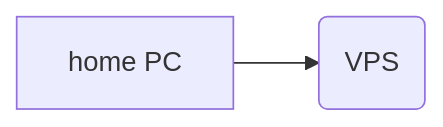
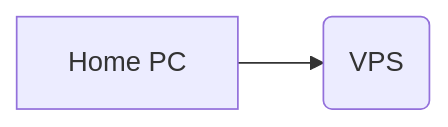
The second of 5 diagrams in README.md (yogggoy/ssh-remote-tunnel), drawn with Mermaid before and after one commit. The commit also changed other lines of this file and 2 other files, not shown here.

````diff
--- a/README.md
+++ b/README.md
@@ -96,4 +103,4 @@
 ```mermaid
 graph LR
-A["home PC"] --> B(VPS)
+A["Home PC"] --> B(VPS)
 ```
````
